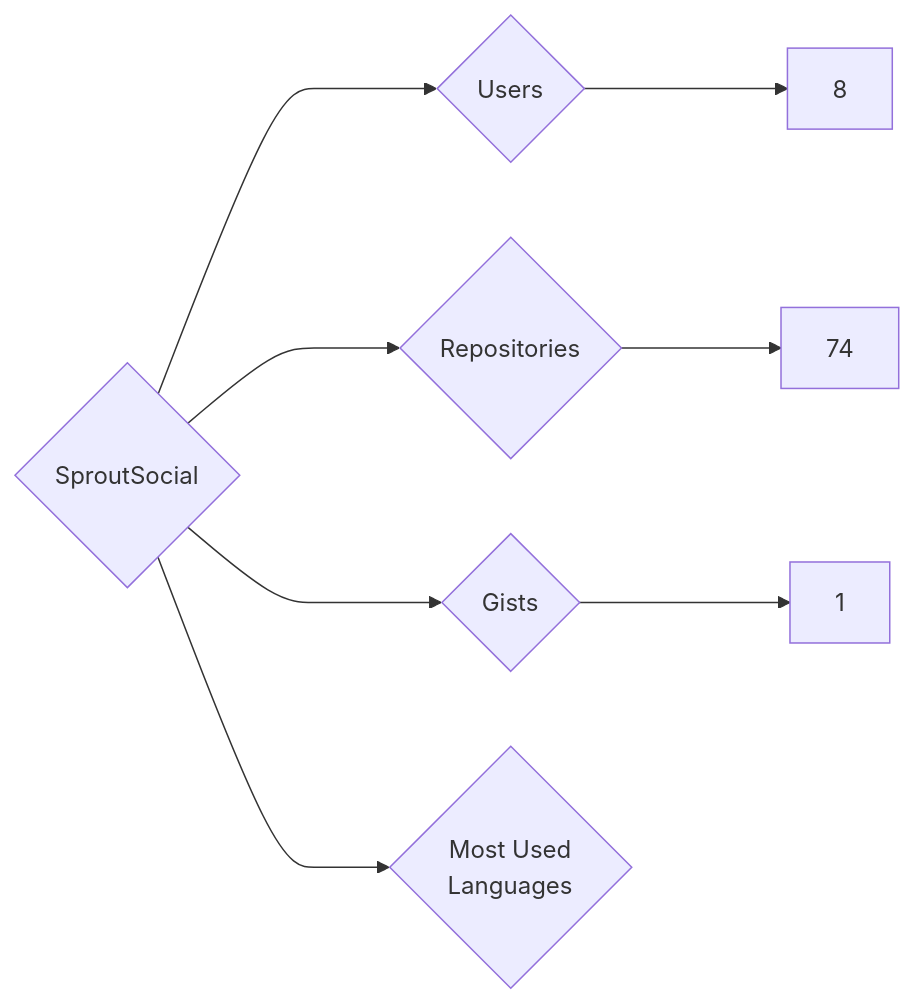
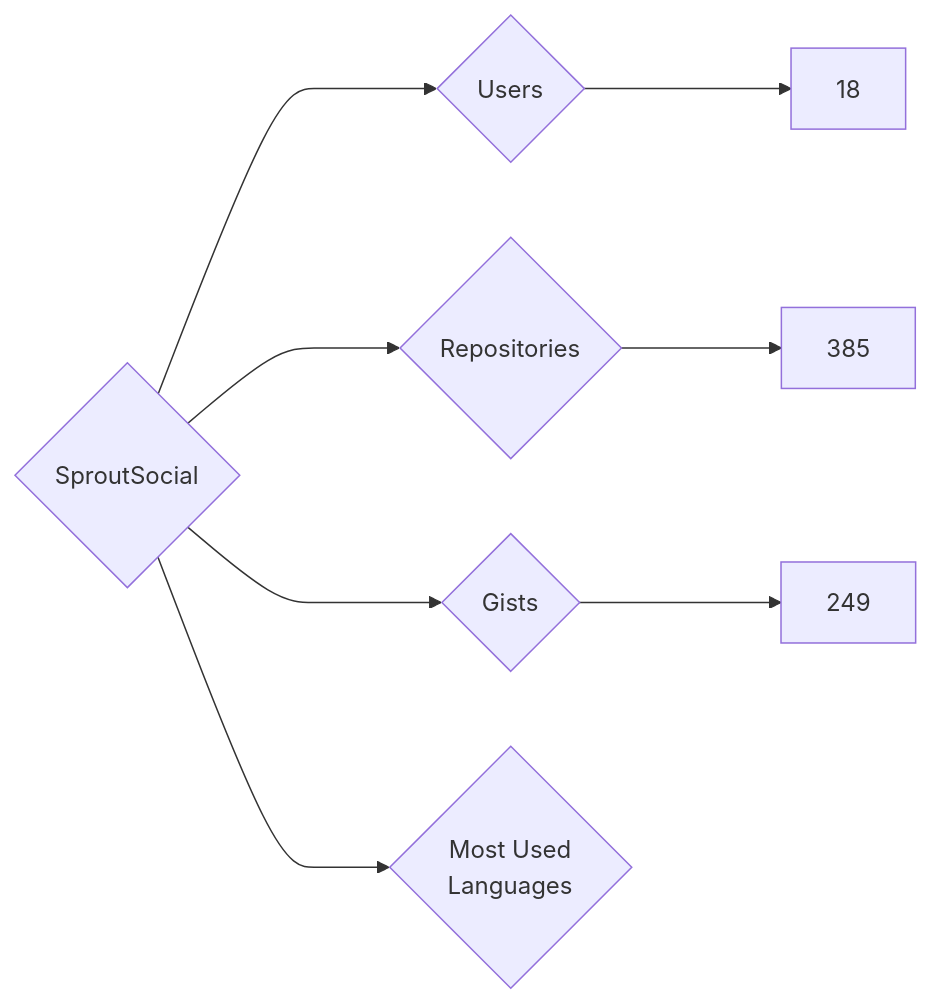
One commit to nenadzaric/insiders changed the diagram in targets/SproutSocial/README.md. Above: the diagram before and after it, drawn with Mermaid. The commit also changed 1342 other files, not shown here.

````diff
--- a/targets/SproutSocial/README.md
+++ b/targets/SproutSocial/README.md
@@ -3,8 +3,8 @@
 ```mermaid
 graph LR
 COMPANY_NAME{SproutSocial}
-COMPANY_NAME ---> U{Users} ---> UN[8]
-COMPANY_NAME ---> R{Repositories} ---> RN[74]
-COMPANY_NAME ---> G{Gists} ---> GN[1]
+COMPANY_NAME ---> U{Users} ---> UN[18]
+COMPANY_NAME ---> R{Repositories} ---> RN[385]
+COMPANY_NAME ---> G{Gists} ---> GN[249]
 COMPANY_NAME ---> ML{Most Used<br>Languages}
 ```
````
